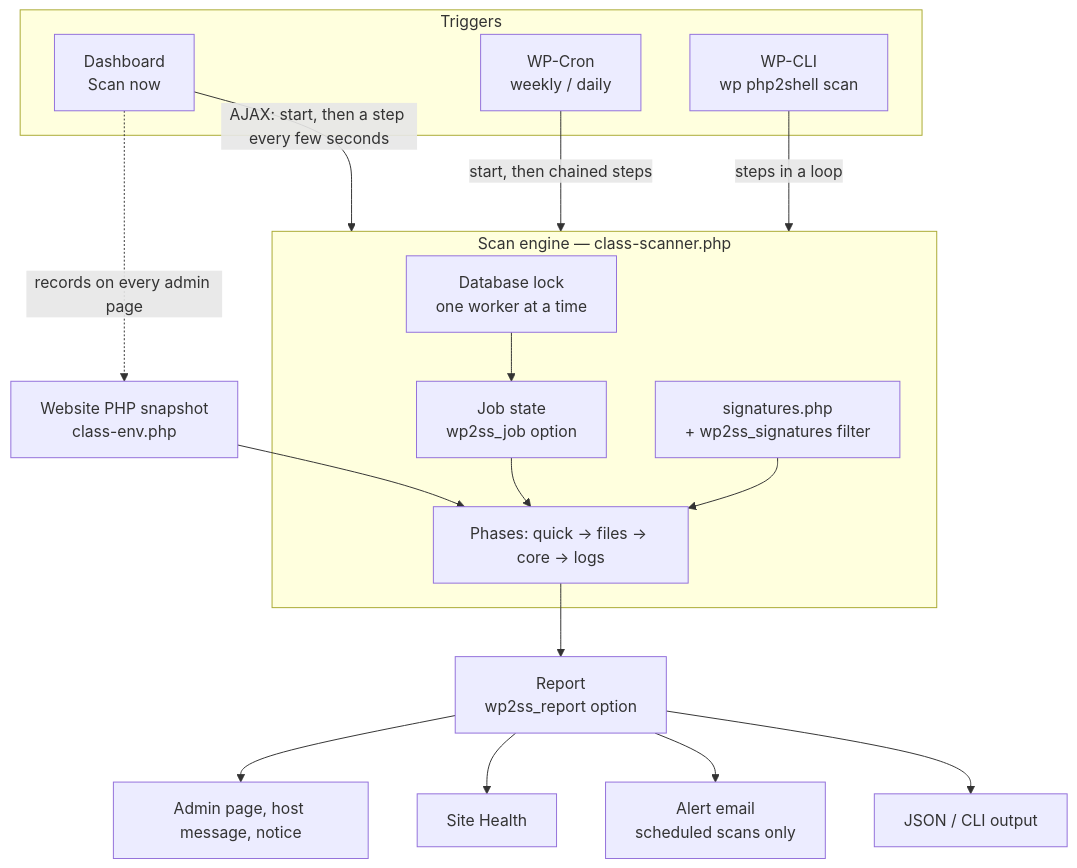
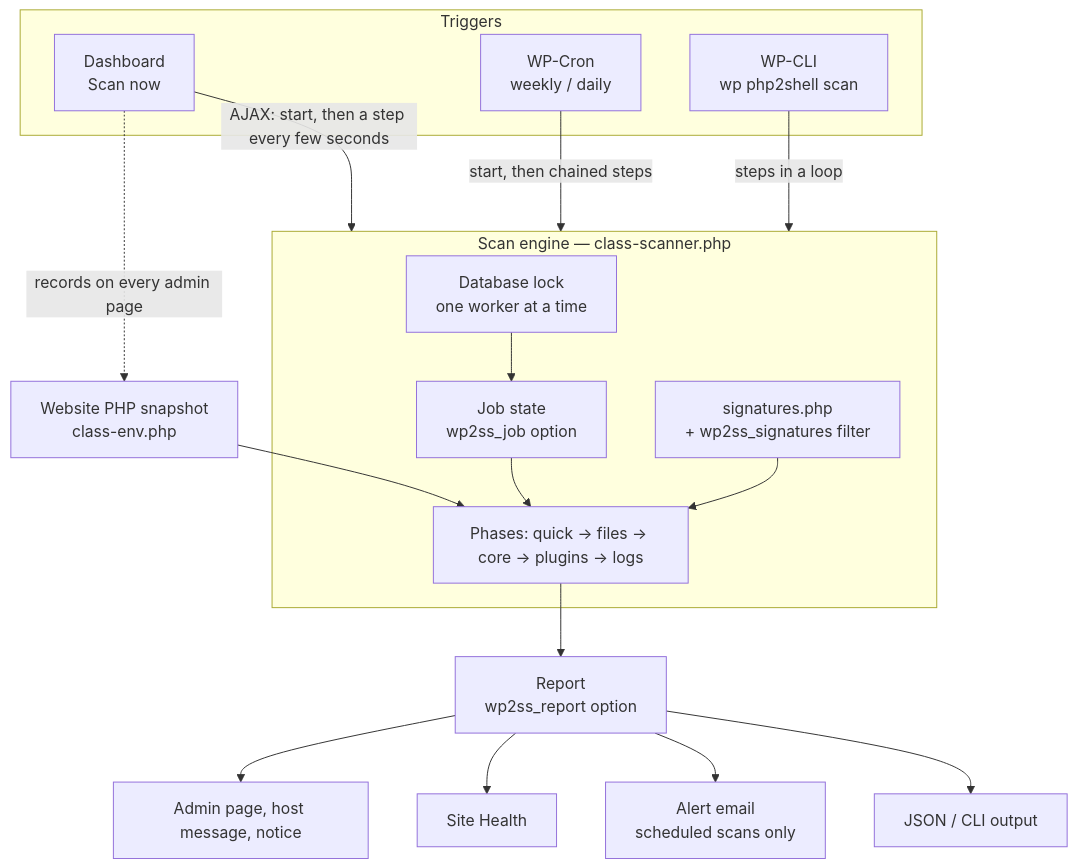
One commit to CptNope/JAT-Shell-Scanner changed diagram 14 of 17 in README.md. Above: the diagram before and after it, drawn with Mermaid. The commit also changed other lines of this file and 9 other files, not shown here.

````diff
--- a/README.md
+++ b/README.md
@@ -879,24 +887,24 @@
 ```mermaid
 flowchart TB
     subgraph Triggers
         UI["Dashboard<br/>Scan now"]
         CRON["WP-Cron<br/>weekly / daily"]
         CLI["WP-CLI<br/>wp php2shell scan"]
     end
     ENV["Website PHP snapshot<br/>class-env.php"]
     UI -->|"AJAX: start, then a step every few seconds"| ENGINE
     CRON -->|"start, then chained steps"| ENGINE
     CLI -->|"steps in a loop"| ENGINE
     UI -.->|"records on every admin page"| ENV
     subgraph ENGINE["Scan engine — class-scanner.php"]
         LOCK["Database lock<br/>one worker at a time"] --> JOB["Job state<br/>wp2ss_job option"]
-        JOB --> PH["Phases: quick → files → core → logs"]
+        JOB --> PH["Phases: quick → files → core → plugins → logs"]
         SIG["signatures.php<br/>+ wp2ss_signatures filter"] --> PH
     end
     ENV --> PH
     PH --> REPORT["Report<br/>wp2ss_report option"]
     REPORT --> ADMIN["Admin page, host message, notice"]
     REPORT --> HEALTH["Site Health"]
     REPORT --> MAIL["Alert email<br/>scheduled scans only"]
     REPORT --> JSON["JSON / CLI output"]
 ```
````
